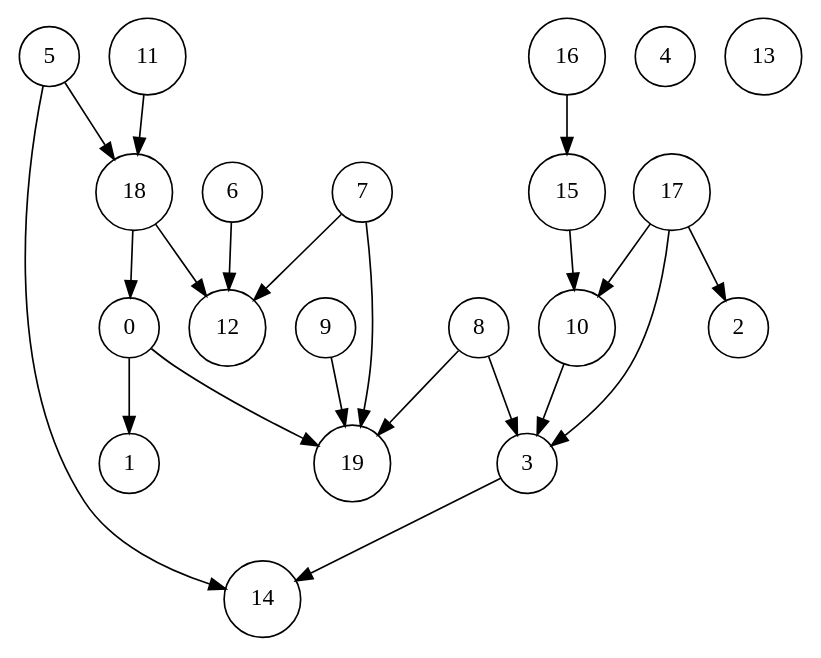
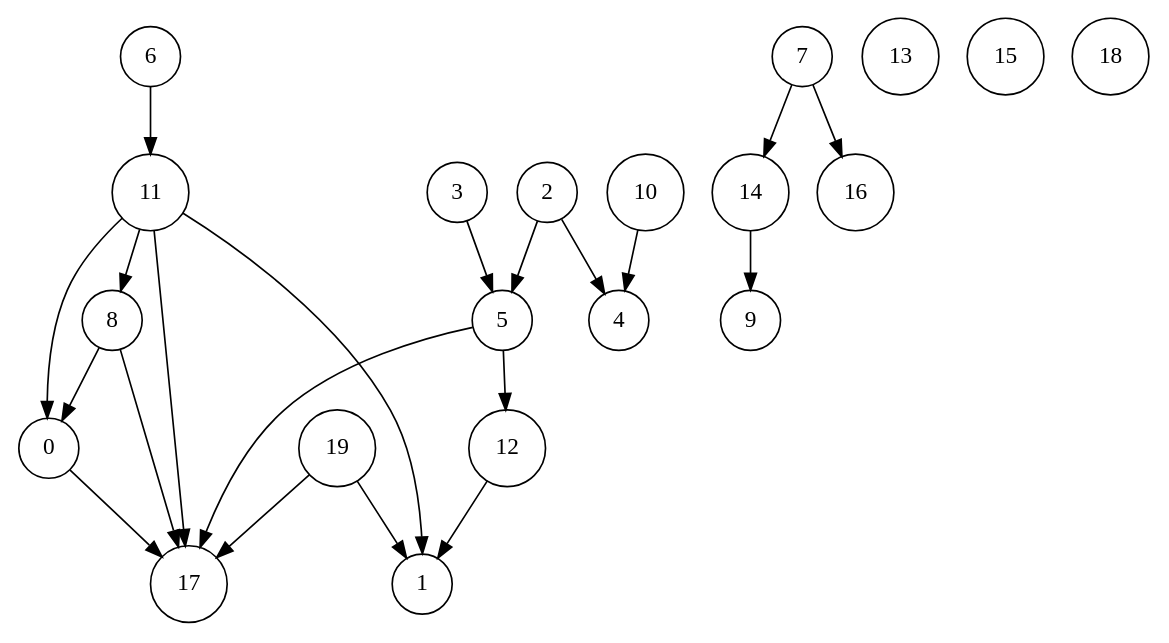
One commit to yongjinjiang/DirectedAcyclicGraph changed the diagram in fsm.gv. Above: the diagram before and after it, drawn with Graphviz. The commit also changed 4 other files, not shown here.

```diff
--- a/fsm.gv
+++ b/fsm.gv
@@ -1,68 +1,68 @@
 digraph finite_state_machine {
 	node [shape=circle]
 	0
 	1
 	2
 	3
 	4
 	5
 	6
 	7
 	8
 	9
 	10
 	11
 	12
 	13
 	14
 	15
 	16
 	17
 	18
 	19
 	{
 		rank=same
 	}
 	node [shape=circle]
 	0
 	1
 	2
 	3
 	4
 	5
 	6
 	7
 	8
 	9
 	10
 	11
 	12
 	13
 	14
 	15
 	16
 	17
 	18
 	19
 	node [shape=circle]
-	17 -> 10
-	15 -> 10
-	6 -> 12
-	3 -> 14
-	5 -> 14
-	17 -> 2
-	0 -> 19
-	17 -> 3
-	10 -> 3
-	8 -> 3
-	18 -> 0
-	8 -> 19
-	16 -> 15
-	0 -> 1
-	7 -> 12
-	7 -> 19
-	18 -> 12
-	11 -> 18
-	5 -> 18
-	9 -> 19
+	7 -> 14
+	19 -> 1
+	6 -> 11
+	5 -> 17
+	19 -> 17
+	11 -> 17
+	11 -> 8
+	0 -> 17
+	14 -> 9
+	11 -> 0
+	7 -> 16
+	8 -> 17
+	10 -> 4
+	5 -> 12
+	11 -> 1
+	12 -> 1
+	8 -> 0
+	2 -> 5
+	3 -> 5
+	2 -> 4
 }
```
